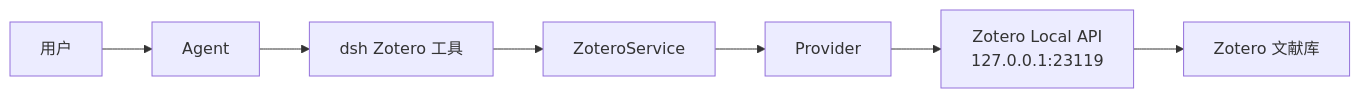
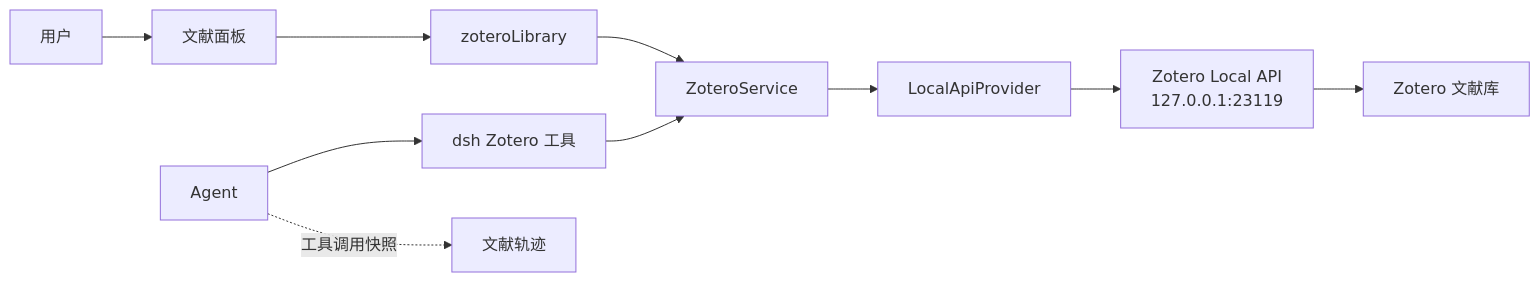
The diagram in docs/architecture.md (Vncntvx/dsh-zotero), drawn with Mermaid before and after one commit. The commit also changed other lines of this file and 26 other files, not shown here.

````diff
--- a/docs/architecture.md
+++ b/docs/architecture.md
@@ -11,9 +11,12 @@
 ```mermaid
 graph LR
-    U[用户] --> A[Agent]
-    A --> T[dsh Zotero 工具]
+    U[用户] --> P[文献面板]
+    A[Agent] --> T[dsh Zotero 工具]
+    P --> LS[zoteroLibrary]
     T --> S[ZoteroService]
-    S --> P[Provider]
-    P --> Z[Zotero Local API<br/>127.0.0.1:23119]
+    LS --> S
+    S --> PR[LocalApiProvider]
+    PR --> Z[Zotero Local API<br/>127.0.0.1:23119]
     Z --> L[Zotero 文献库]
+    A -.->|工具调用快照| TR[文献轨迹]
 ```
````
